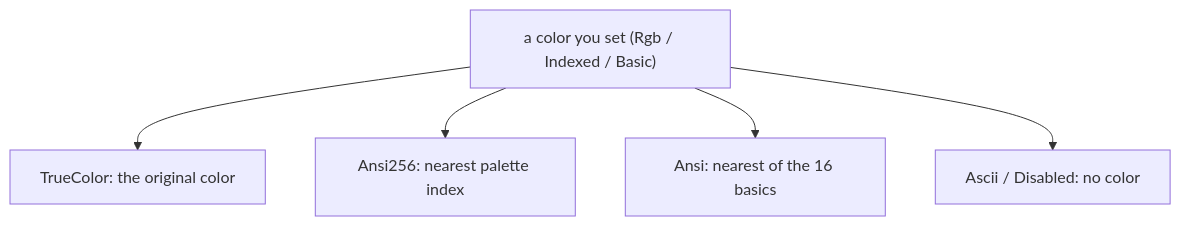
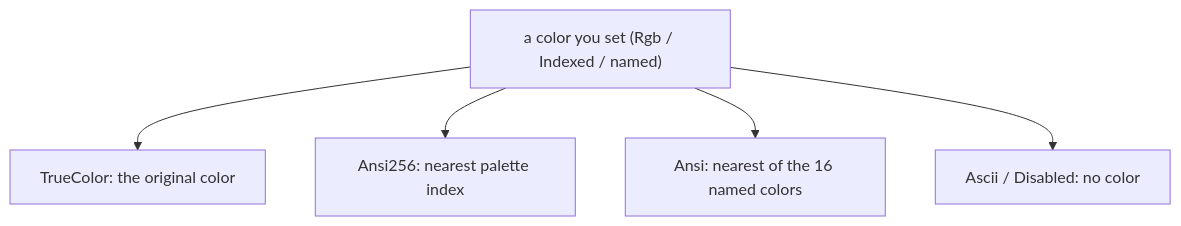
One commit to aymanbagabas/uncurses changed the diagram in website/content/docs/concepts/color.md. Above: the diagram before and after it, drawn with Mermaid. The commit also changed other lines of this file and 38 other files, not shown here.

````diff
--- a/website/content/docs/concepts/color.md
+++ b/website/content/docs/concepts/color.md
@@ -39,8 +39,8 @@
 ```mermaid
 flowchart TB
-  color["a color you set (Rgb / Indexed / Basic)"]
+  color["a color you set (Rgb / Indexed / named)"]
   color --> tc["TrueColor: the original color"]
   color --> a256["Ansi256: nearest palette index"]
-  color --> ansi["Ansi: nearest of the 16 basics"]
+  color --> ansi["Ansi: nearest of the 16 named colors"]
   color --> off["Ascii / Disabled: no color"]
 ```
````
